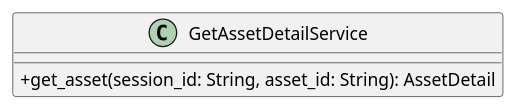
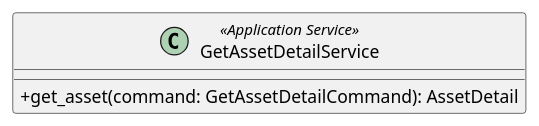
Before and after one commit to GroupRubberDuck/Documentazione: the diagram in src/PB/DocumentazioneEsterna/Specifica_Tecnica/content/uml/puml/Diagrammi_classi/Backend/ApplicationServices/GetAssetDetailService.puml, drawn with PlantUML. The commit also changed 21 other files, not shown here.

Commit message:
Fix: st asset con command

```diff
--- a/src/PB/DocumentazioneEsterna/Specifica_Tecnica/content/uml/puml/Diagrammi_classi/Backend/ApplicationServices/GetAssetDetailService.puml
+++ b/src/PB/DocumentazioneEsterna/Specifica_Tecnica/content/uml/puml/Diagrammi_classi/Backend/ApplicationServices/GetAssetDetailService.puml
@@ -1,7 +1,7 @@
 @startuml GetAssetDetailService
 skinparam classAttributeIconSize 0
-class  GetAssetDetailService{
-    + get_asset(session_id: String, asset_id: String): AssetDetail
+class GetAssetDetailService <<Application Service>> {
+    + get_asset(command: GetAssetDetailCommand): AssetDetail
 }
 
 @enduml
```
